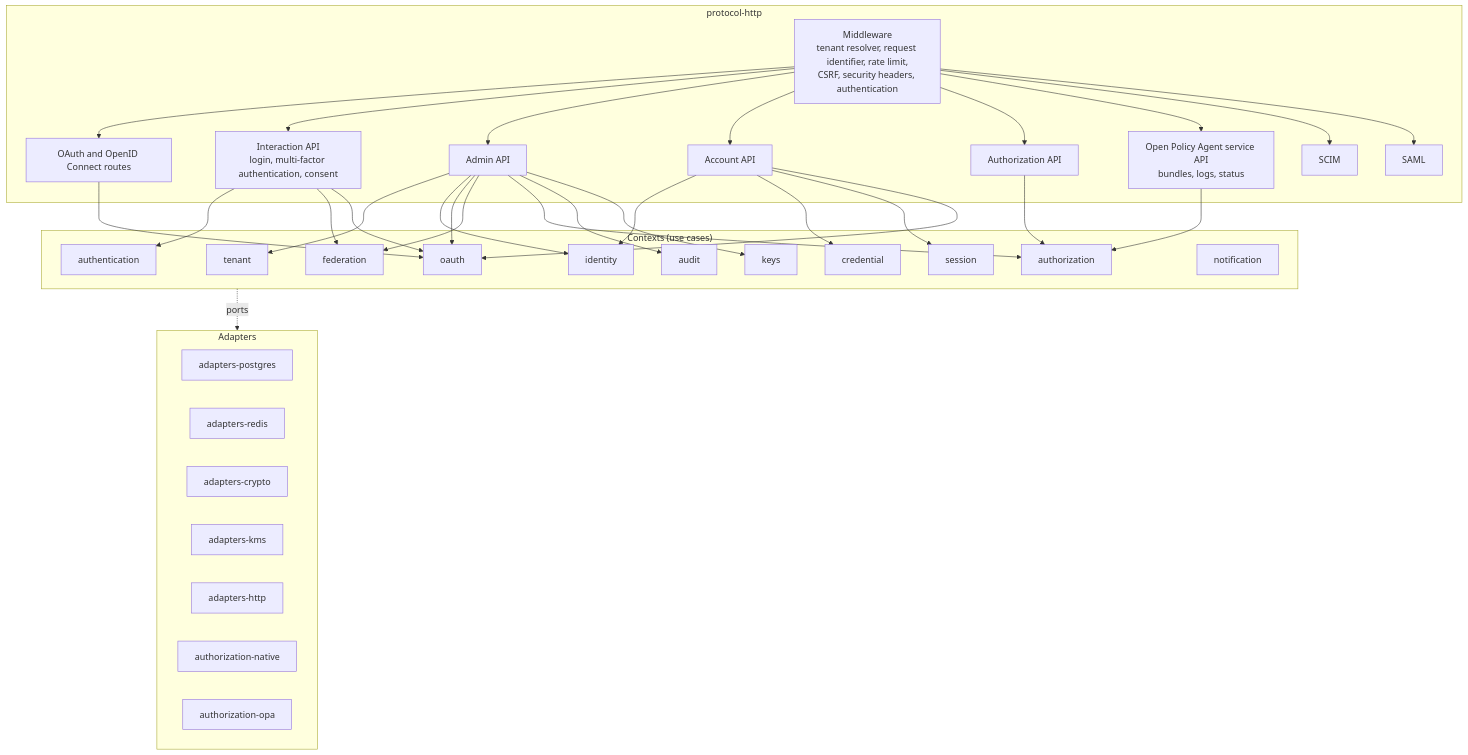
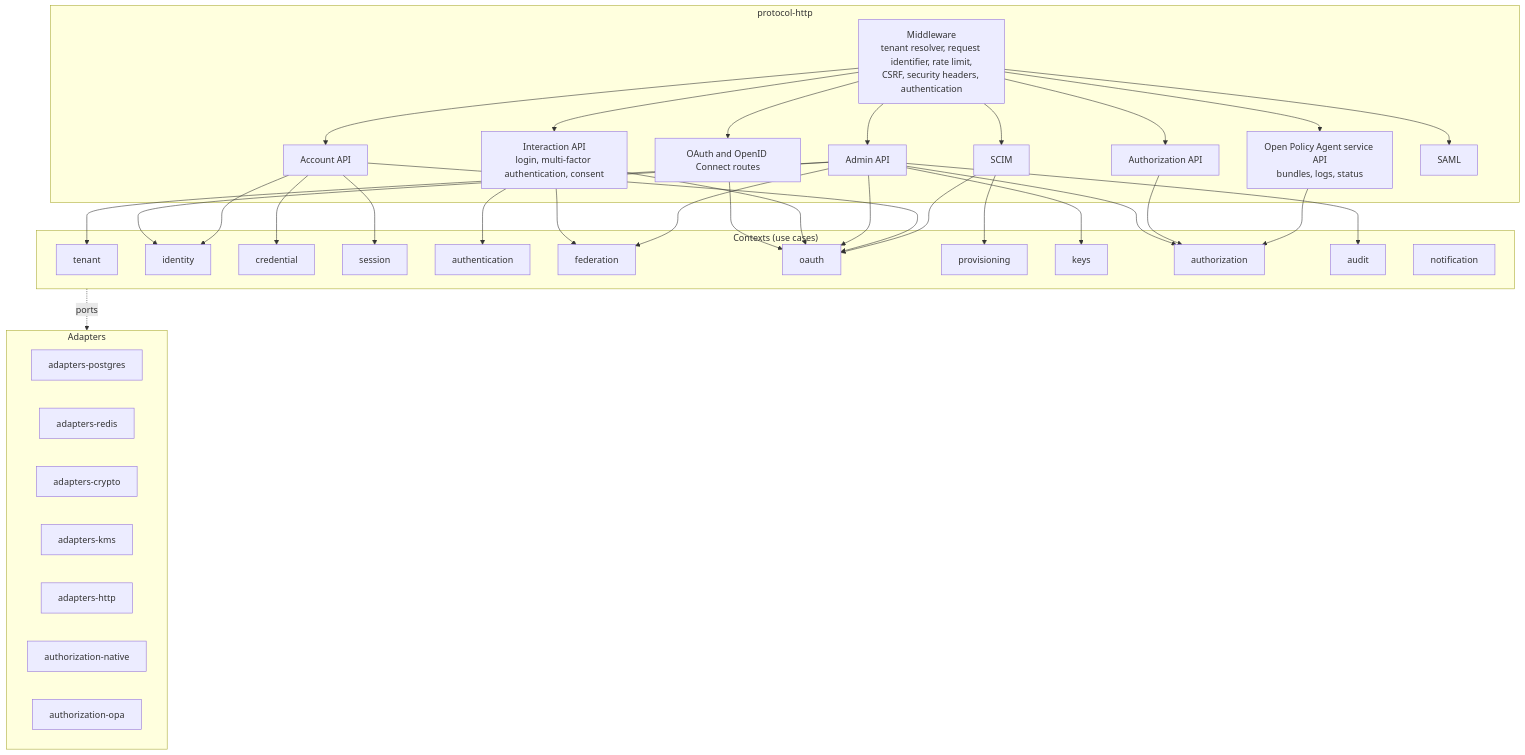
One commit to ortisun/hodor changed the third of 5 diagrams in docs/architecture/overview.md. Above: the diagram before and after it, drawn with Mermaid. The commit also changed 14 other files, not shown here.

First line of the commit message:
docs(provisioning): specify the SCIM server of Issue-90

````diff
--- a/docs/architecture/overview.md
+++ b/docs/architecture/overview.md
@@ -108,47 +108,49 @@
 ```mermaid
 flowchart TB
     subgraph protocolHttp["protocol-http"]
         middleware["Middleware<br/>tenant resolver, request identifier, rate limit,<br/>CSRF, security headers, authentication"]
         oauthRoutes["OAuth and OpenID Connect routes"]
         interactionRoutes["Interaction API<br/>login, multi-factor authentication, consent"]
         adminRoutes["Admin API"]
         accountRoutes["Account API"]
         authorizationRoutes["Authorization API"]
         policyAgentRoutes["Open Policy Agent service API<br/>bundles, logs, status"]
         scimRoutes["SCIM"]
         samlRoutes["SAML"]
     end
 
     subgraph contexts["Contexts (use cases)"]
         tenant
         identity
         credential
         session
         authentication
         federation
         oauth
+        provisioning
         keys
         authorization
         audit
         notification
     end
 
     subgraph adapters["Adapters"]
         adaptersPostgres["adapters-postgres"]
         adaptersRedis["adapters-redis"]
         adaptersCrypto["adapters-crypto"]
         adaptersKeyService["adapters-kms"]
         adaptersHttp["adapters-http"]
         authorizationNative["authorization-native"]
         authorizationPolicyAgent["authorization-opa"]
     end
 
     middleware --> oauthRoutes & interactionRoutes & adminRoutes & accountRoutes & authorizationRoutes & policyAgentRoutes & scimRoutes & samlRoutes
     oauthRoutes --> oauth
     interactionRoutes --> authentication & federation & oauth
     adminRoutes --> tenant & identity & oauth & federation & authorization & audit & keys
     accountRoutes --> identity & credential & session & oauth
     authorizationRoutes --> authorization
     policyAgentRoutes --> authorization
+    scimRoutes --> provisioning & oauth
     contexts -. "ports" .-> adapters
 ```
````
